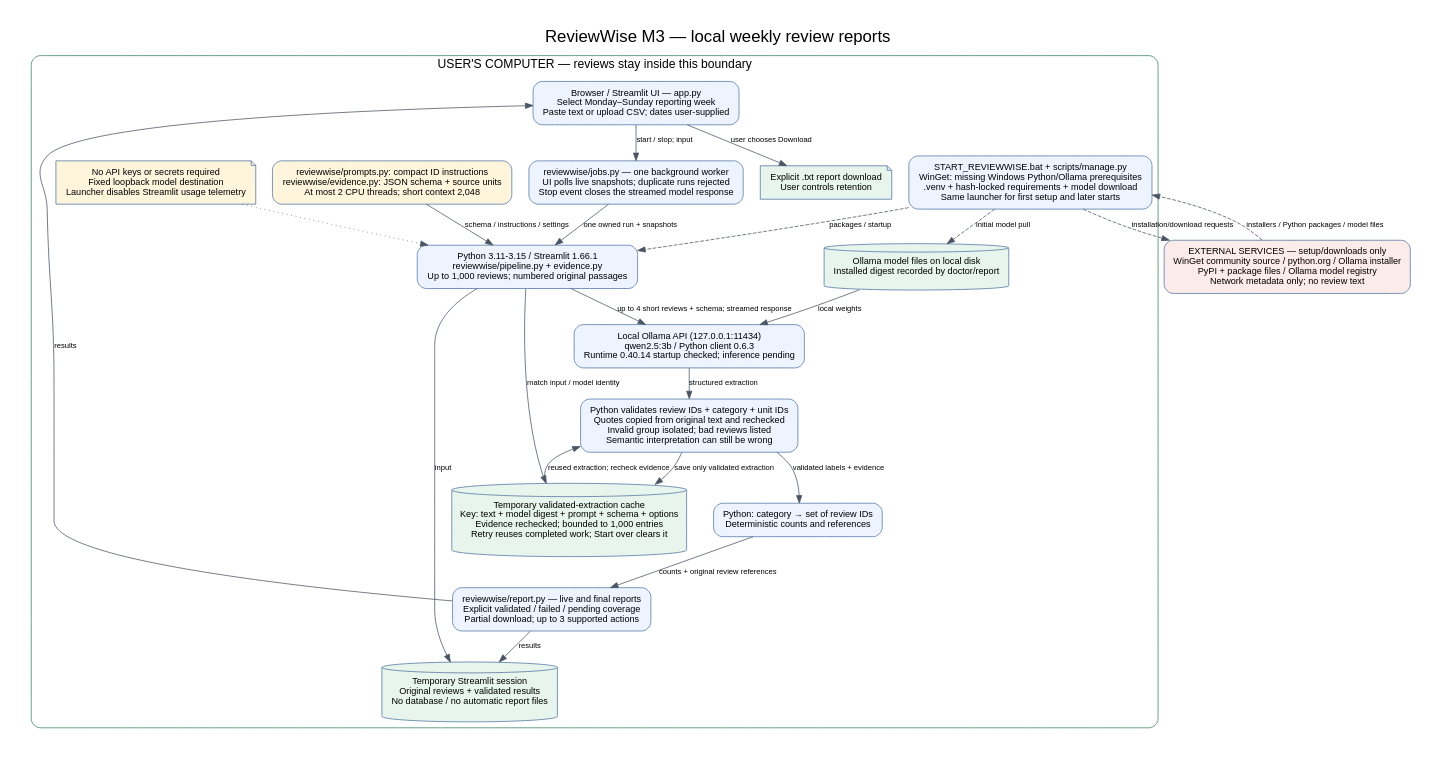
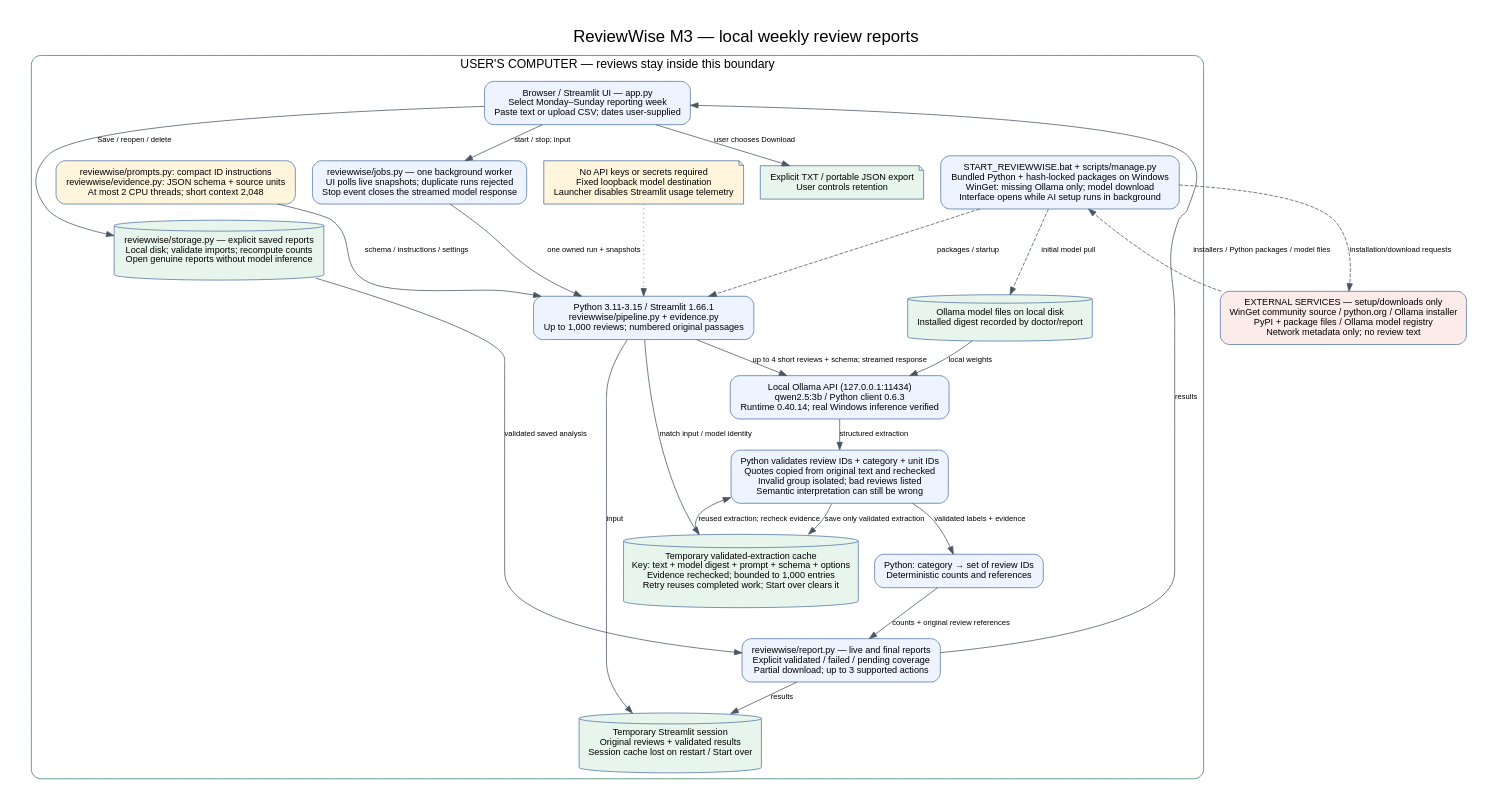
Before and after one commit to abdai-eman/reviewwise-ai: the diagram in docs/architecture.dot, drawn with Graphviz. The commit also changed 19 other files, not shown here.

```diff
--- a/docs/architecture.dot
+++ b/docs/architecture.dot
@@ -1,44 +1,47 @@
 digraph ReviewWise {
   graph [rankdir=TB, bgcolor="white", fontname="Arial", pad="0.35", nodesep="0.3", ranksep="0.4", label="ReviewWise M3 — local weekly review reports", labelloc=t, fontsize=22];
   node [shape=box, style="rounded,filled", fillcolor="#edf4ff", color="#5073a3", fontname="Arial", fontsize=12, margin="0.18,0.12"];
   edge [fontname="Arial", fontsize=10, color="#4b5563"];
   subgraph cluster_local {
     label="USER'S COMPUTER — reviews stay inside this boundary";
     color="#3b8060"; style="rounded"; fontname="Arial"; fontsize=16;
     browser [label="Browser / Streamlit UI — app.py\nSelect Monday–Sunday reporting week\nPaste text or upload CSV; dates user-supplied"];
     python [label="Python 3.11-3.15 / Streamlit 1.66.1\nreviewwise/pipeline.py + evidence.py\nUp to 1,000 reviews; numbered original passages"];
     worker [label="reviewwise/jobs.py — one background worker\nUI polls live snapshots; duplicate runs rejected\nStop event closes the streamed model response"];
     prompt [label="reviewwise/prompts.py: compact ID instructions\nreviewwise/evidence.py: JSON schema + source units\nAt most 2 CPU threads; short context 2,048", fillcolor="#fff5dd"];
-    ollama [label="Local Ollama API (127.0.0.1:11434)\nqwen2.5:3b / Python client 0.6.3\nRuntime 0.40.14 startup checked; inference pending"];
+    ollama [label="Local Ollama API (127.0.0.1:11434)\nqwen2.5:3b / Python client 0.6.3\nRuntime 0.40.14; real Windows inference verified"];
     validate [label="Python validates review IDs + category + unit IDs\nQuotes copied from original text and rechecked\nInvalid group isolated; bad reviews listed\nSemantic interpretation can still be wrong"];
     count [label="Python: category → set of review IDs\nDeterministic counts and references"];
     report [label="reviewwise/report.py — live and final reports\nExplicit validated / failed / pending coverage\nPartial download; up to 3 supported actions"];
-    session [shape=cylinder, label="Temporary Streamlit session\nOriginal reviews + validated results\nNo database / no automatic report files", fillcolor="#e7f5ec"];
+    session [shape=cylinder, label="Temporary Streamlit session\nOriginal reviews + validated results\nSession cache lost on restart / Start over", fillcolor="#e7f5ec"];
     cache [shape=cylinder, label="Temporary validated-extraction cache\nKey: text + model digest + prompt + schema + options\nEvidence rechecked; bounded to 1,000 entries\nRetry reuses completed work; Start over clears it", fillcolor="#e7f5ec"];
     weights [shape=cylinder, label="Ollama model files on local disk\nInstalled digest recorded by doctor/report", fillcolor="#e7f5ec"];
-    download [shape=note, label="Explicit .txt report download\nUser controls retention", fillcolor="#e7f5ec"];
-    setup [label="START_REVIEWWISE.bat + scripts/manage.py\nWinGet: missing Windows Python/Ollama prerequisites\n.venv + hash-locked requirements + model download\nSame launcher for first setup and later starts"];
+    download [shape=note, label="Explicit TXT / portable JSON export\nUser controls retention", fillcolor="#e7f5ec"];
+    setup [label="START_REVIEWWISE.bat + scripts/manage.py\nBundled Python + hash-locked packages on Windows\nWinGet: missing Ollama only; model download\nInterface opens while AI setup runs in background"];
+    saved [shape=cylinder, label="reviewwise/storage.py — explicit saved reports\nLocal disk; validate imports; recompute counts\nOpen genuine reports without model inference", fillcolor="#e7f5ec"];
     secrets [shape=note, label="No API keys or secrets required\nFixed loopback model destination\nLauncher disables Streamlit usage telemetry", fillcolor="#fff5dd"];
     browser -> worker [label="start / stop; input"];
     worker -> python [label="one owned run + snapshots"];
     prompt -> python [label="schema / instructions / settings"];
     python -> ollama [label="up to 4 short reviews + schema; streamed response"];
     python -> cache [label="match input / model identity"];
     cache -> validate [label="reused extraction; recheck evidence"];
     validate -> cache [label="save only validated extraction"];
     weights -> ollama [label="local weights"];
     ollama -> validate [label="structured extraction"];
     validate -> count [label="validated labels + evidence"];
     count -> report [label="counts + original review references"];
     report -> browser [label="results"];
     python -> session [label="input"];
     report -> session [label="results"];
+    browser -> saved [label="Save / reopen / delete"];
+    saved -> report [label="validated saved analysis"];
     browser -> download [label="user chooses Download"];
     setup -> python [style=dashed, label="packages / startup"];
     setup -> weights [style=dashed, label="initial model pull"];
     secrets -> python [style=dotted];
   }
   internet [shape=box, fillcolor="#fcece9", label="EXTERNAL SERVICES — setup/downloads only\nWinGet community source / python.org / Ollama installer\nPyPI + package files / Ollama model registry\nNetwork metadata only; no review text"];
   setup -> internet [style=dashed, label="installation/download requests"];
   internet -> setup [style=dashed, label="installers / Python packages / model files"];
 }
```
